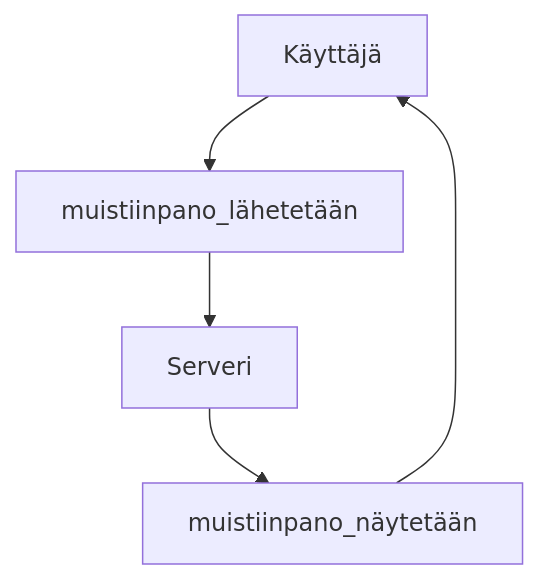
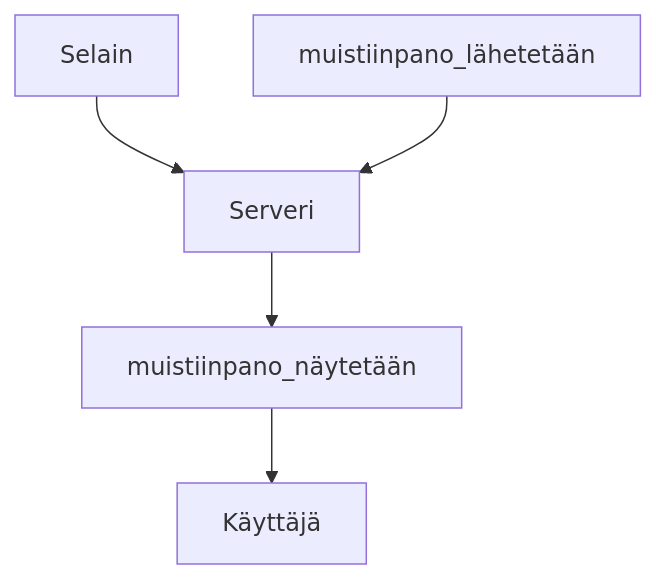
The first of 2 diagrams in Web-sovellusten-toimintaperiaatteet/README.md (Robsoni99/Ohjelmointi-2-vuosi), drawn with Mermaid before and after one commit. The commit also changed other lines of this file, not shown here.

````diff
--- a/Web-sovellusten-toimintaperiaatteet/README.md
+++ b/Web-sovellusten-toimintaperiaatteet/README.md
@@ -3,7 +3,7 @@
 ```mermaid
 graph TD;
-    Käyttäjä-->muistiinpano_lähetetään;
+    Selain-->Serveri;
     muistiinpano_lähetetään-->Serveri;
     Serveri-->muistiinpano_näytetään;
     muistiinpano_näytetään-->Käyttäjä;
 ```
````
